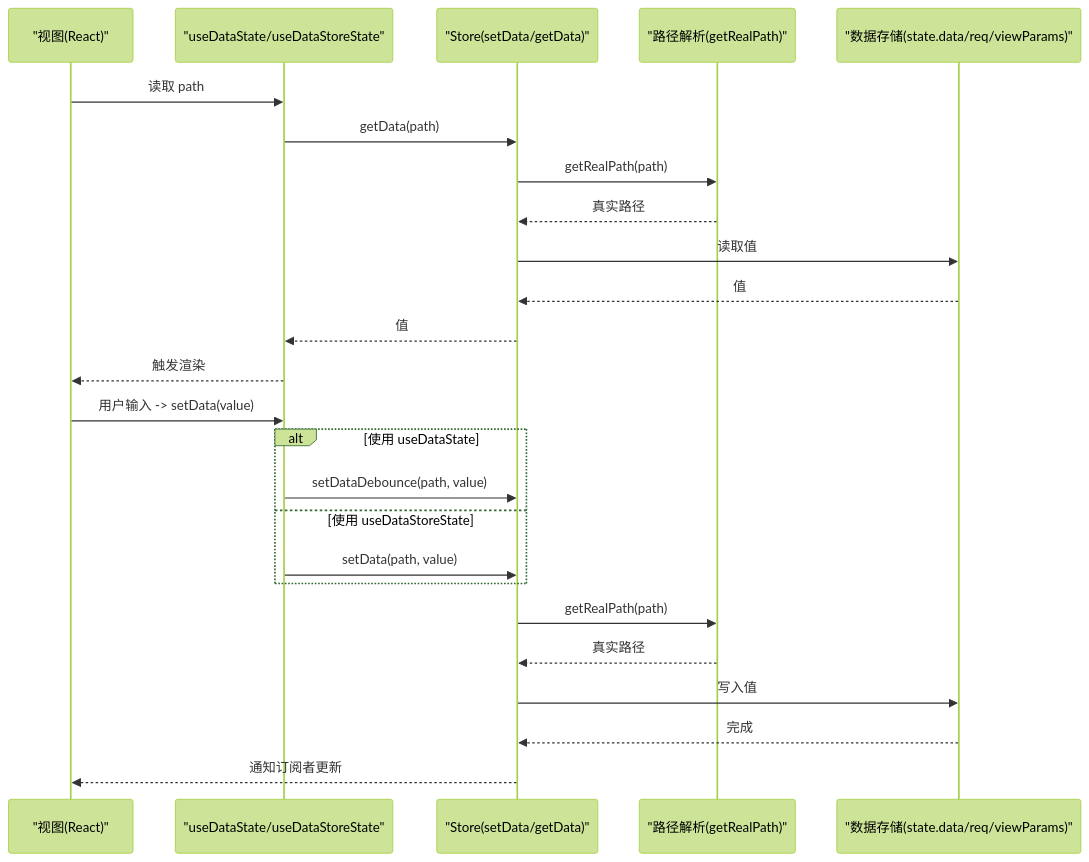
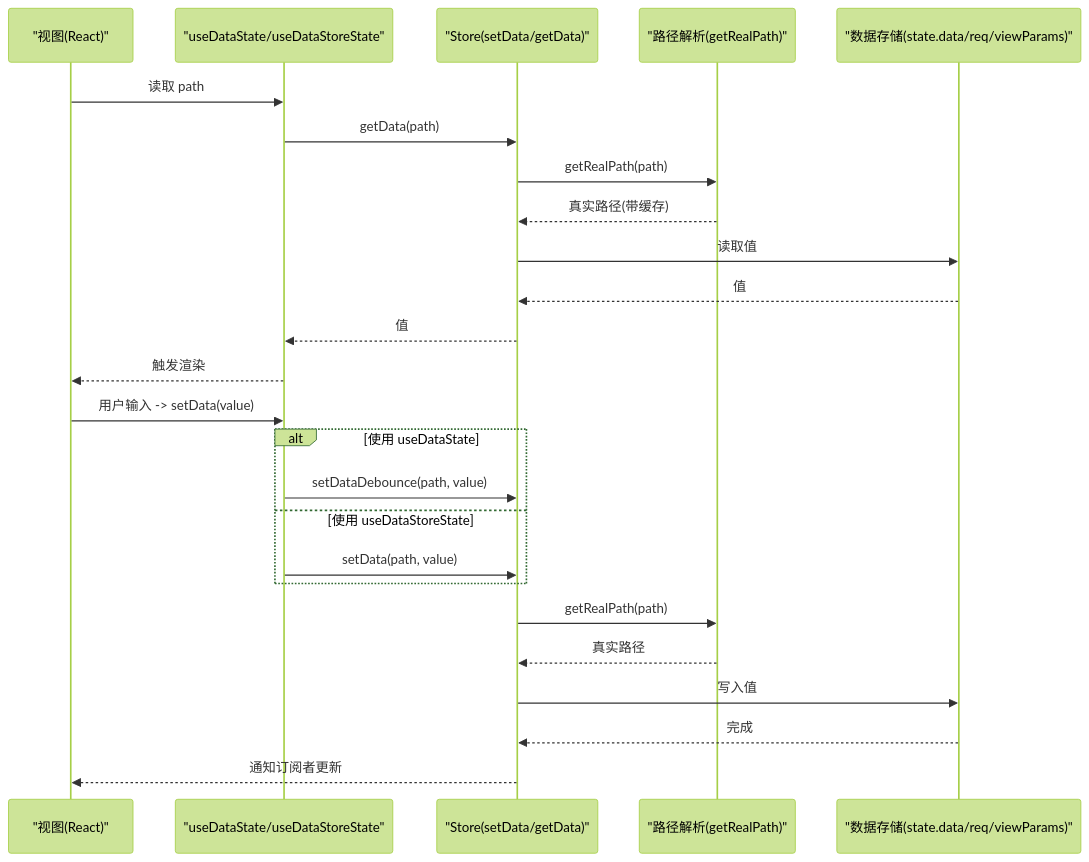
The second of 5 diagrams in .qoder/repowiki/zh/content/数据管理/数据绑定.md (liqiongke/FrontArk), drawn with Mermaid (forest theme) before and after one commit. The commit also changed other lines of this file and 17 other files, not shown here.

````diff
--- a/.qoder/repowiki/zh/content/数据管理/数据绑定.md
+++ b/.qoder/repowiki/zh/content/数据管理/数据绑定.md
@@ -91,27 +102,27 @@
 ```mermaid
 sequenceDiagram
 participant V as "视图(React)"
 participant H as "useDataState/useDataStoreState"
 participant S as "Store(setData/getData)"
 participant P as "路径解析(getRealPath)"
 participant D as "数据存储(state.data/req/viewParams)"
 V->>H : 读取 path
 H->>S : getData(path)
 S->>P : getRealPath(path)
-P-->>S : 真实路径
+P-->>S : 真实路径(带缓存)
 S->>D : 读取值
 D-->>S : 值
 S-->>H : 值
 H-->>V : 触发渲染
 V->>H : 用户输入 -> setData(value)
 alt 使用 useDataState
 H->>S : setDataDebounce(path, value)
 else 使用 useDataStoreState
 H->>S : setData(path, value)
 end
 S->>P : getRealPath(path)
 P-->>S : 真实路径
 S->>D : 写入值
 D-->>S : 完成
 S-->>V : 通知订阅者更新
 ```
````
